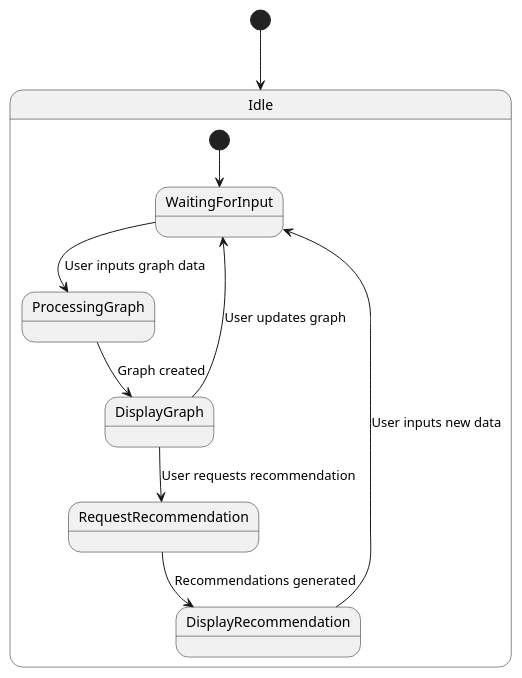
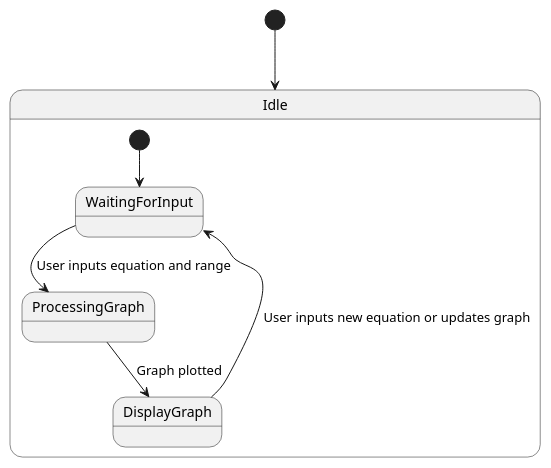
One commit to ImaneHaz/prove changed the diagram in diagrams/state_diagram.puml. Above: the diagram before and after it, drawn with PlantUML.

```diff
--- a/diagrams/state_diagram.puml
+++ b/diagrams/state_diagram.puml
@@ -1,14 +1,11 @@
 @startuml
 [*] --> Idle
 
 state Idle {
   [*] --> WaitingForInput
-  WaitingForInput --> ProcessingGraph : User inputs graph data
-  ProcessingGraph --> DisplayGraph : Graph created
-  DisplayGraph --> WaitingForInput : User updates graph
-  DisplayGraph --> RequestRecommendation : User requests recommendation
-  RequestRecommendation --> DisplayRecommendation : Recommendations generated
-  DisplayRecommendation --> WaitingForInput : User inputs new data
+  WaitingForInput --> ProcessingGraph : User inputs equation and range
+  ProcessingGraph --> DisplayGraph : Graph plotted
+  DisplayGraph --> WaitingForInput : User inputs new equation or updates graph
 }
 
 @enduml
```
